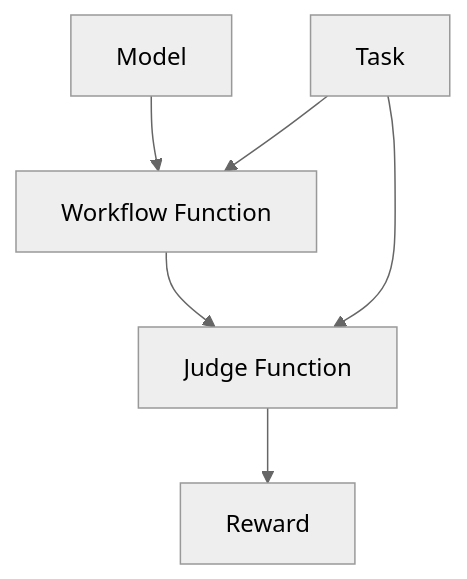
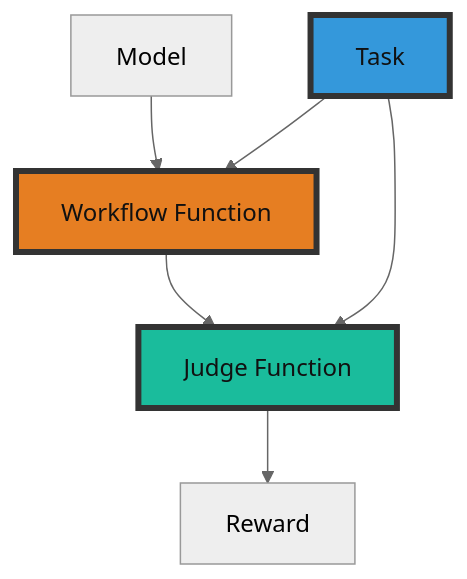
One commit to Kanaricc/agentscope changed the diagram in examples/training/react_agent/README.md. Above: the diagram before and after it, drawn with Mermaid (neutral theme). The commit also changed other lines of this file and 2 other files, not shown here.

````diff
--- a/examples/training/react_agent/README.md
+++ b/examples/training/react_agent/README.md
@@ -12,8 +18,15 @@
 ```mermaid
 flowchart TD
     Model[Model] --> WorkflowFunction[Workflow Function]
     WorkflowFunction --> JudgeFunction[Judge Function]
     Task[Task] --> WorkflowFunction
     Task[Task] --> JudgeFunction
     JudgeFunction --> Reward[Reward]
+
+    classDef wfcolor fill:#e67e22,stroke:#333,stroke-width:4px,color:#111;
+    classDef judgecolor fill:#1abc9c,stroke:#333,stroke-width:4px,color:#111;
+    classDef taskcolor fill:#3498db,stroke:#333,stroke-width:4px,color:#111;
+    class WorkflowFunction wfcolor;
+    class JudgeFunction judgecolor;
+    class Task taskcolor;
 ```
````
